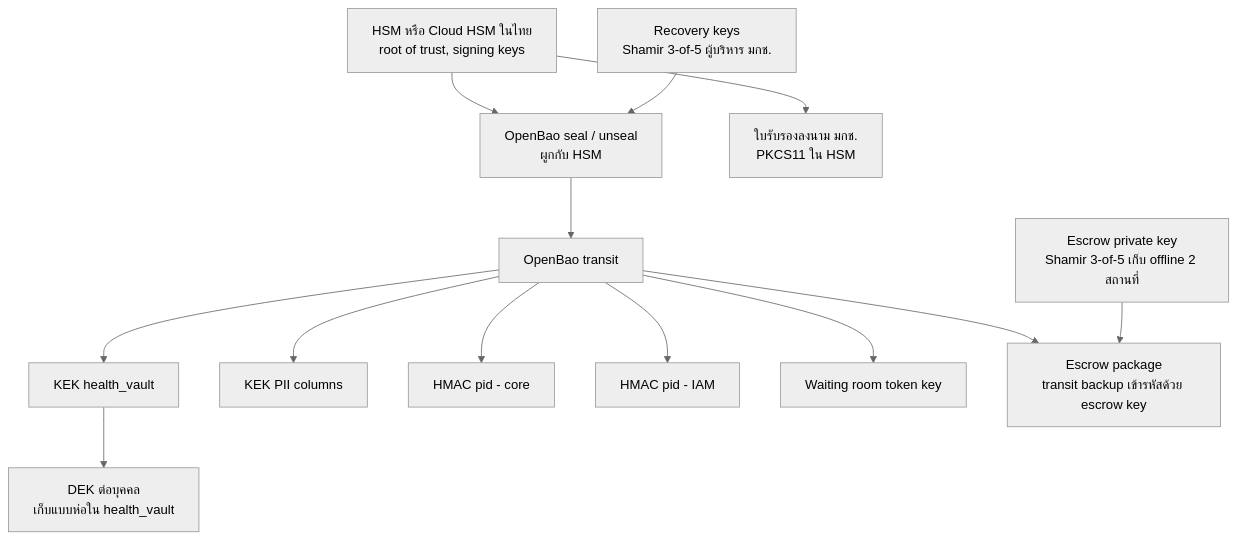
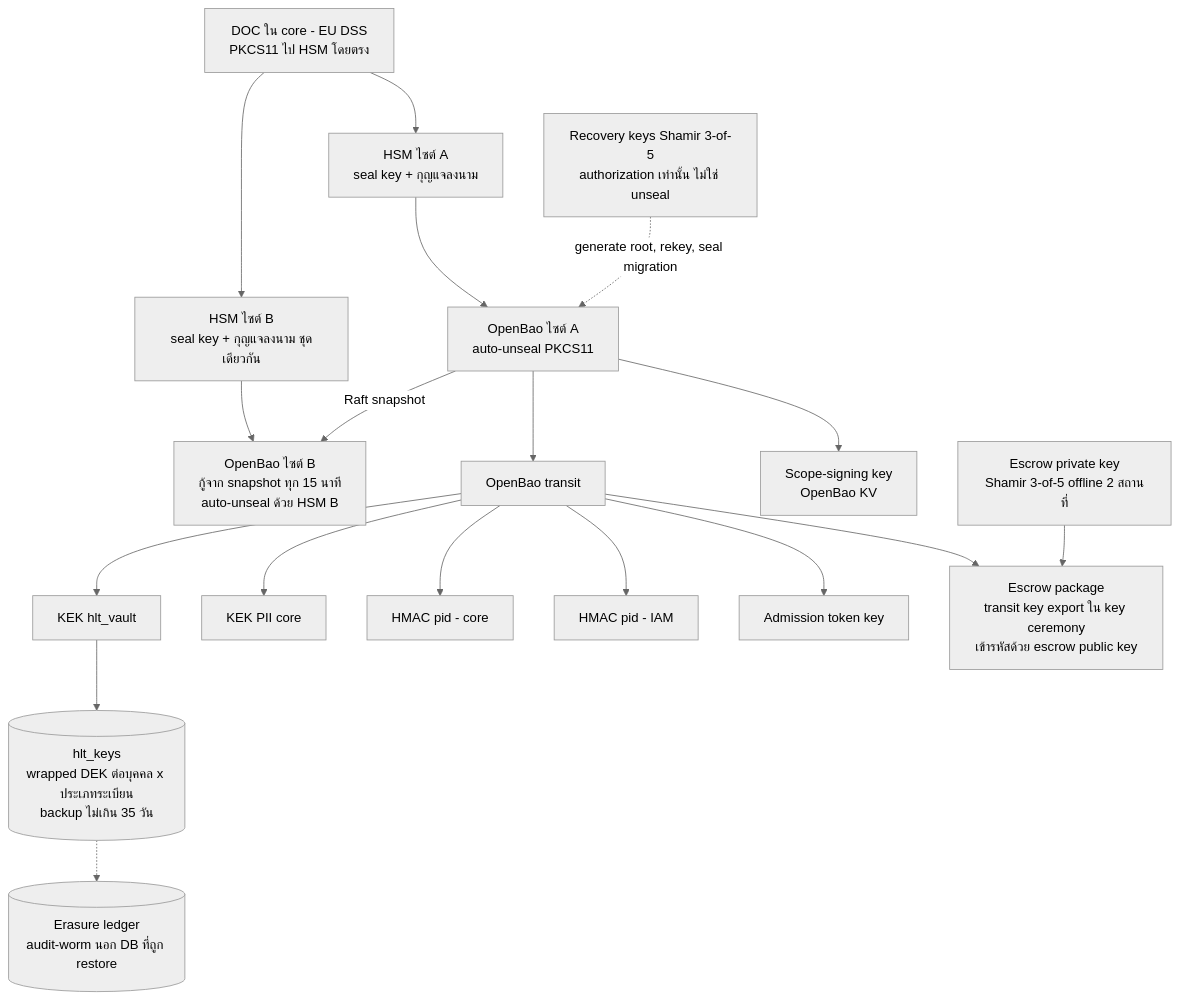
The seventh of 7 diagrams in tnsu-system/docs/07-architecture.md (Ruttanachote/Ai), drawn with Mermaid (neutral theme) before and after one commit. The commit also changed other lines of this file and 2 other files, not shown here.

````diff
--- a/tnsu-system/docs/07-architecture.md
+++ b/tnsu-system/docs/07-architecture.md
@@ -1159,29 +1190,38 @@
 ```mermaid
 flowchart TB
-  HSM["HSM หรือ Cloud HSM ในไทย<br/>root of trust, signing keys"]
-  SEAL["OpenBao seal / unseal<br/>ผูกกับ HSM"]
-  REC["Recovery keys<br/>Shamir 3-of-5 ผู้บริหาร มกช."]
+  HSMA["HSM ไซต์ A<br/>seal key + กุญแจลงนาม"]
+  HSMB["HSM ไซต์ B<br/>seal key + กุญแจลงนาม ชุดเดียวกัน"]
+  SEALA["OpenBao ไซต์ A<br/>auto-unseal PKCS11"]
+  SEALB["OpenBao ไซต์ B<br/>กู้จาก snapshot ทุก 15 นาที<br/>auto-unseal ด้วย HSM B"]
+  RK["Recovery keys Shamir 3-of-5<br/>authorization เท่านั้น ไม่ใช่ unseal"]
   TR["OpenBao transit"]
-  K1["KEK health_vault"]
-  K2["KEK PII columns"]
+  K1["KEK hlt_vault"]
+  K2["KEK PII core"]
   K3["HMAC pid - core"]
   K4["HMAC pid - IAM"]
-  K5["Waiting room token key"]
-  DEK["DEK ต่อบุคคล<br/>เก็บแบบห่อใน health_vault"]
-  ESC["Escrow package<br/>transit backup เข้ารหัสด้วย escrow key"]
-  SPL["Escrow private key<br/>Shamir 3-of-5 เก็บ offline 2 สถานที่"]
-  SIG["ใบรับรองลงนาม มกช.<br/>PKCS11 ใน HSM"]
+  K5["Admission token key"]
+  K6["Scope-signing key<br/>OpenBao KV"]
+  DEK[("hlt_keys<br/>wrapped DEK ต่อบุคคล x ประเภทระเบียน<br/>backup ไม่เกิน 35 วัน")]
+  LED[("Erasure ledger<br/>audit-worm นอก DB ที่ถูก restore")]
+  ESC["Escrow package<br/>transit key export ใน key ceremony<br/>เข้ารหัสด้วย escrow public key"]
+  SPL["Escrow private key<br/>Shamir 3-of-5 offline 2 สถานที่"]
+  SIG["DOC ใน core - EU DSS<br/>PKCS11 ไป HSM โดยตรง"]
 
-  HSM --> SEAL
-  REC --> SEAL
-  SEAL --> TR
+  HSMA --> SEALA
+  HSMB --> SEALB
+  SEALA -->|"Raft snapshot"| SEALB
+  RK -.->|"generate root, rekey, seal migration"| SEALA
+  SEALA --> TR
   TR --> K1
   TR --> K2
   TR --> K3
   TR --> K4
   TR --> K5
+  SEALA --> K6
   K1 --> DEK
+  DEK -.-> LED
   TR --> ESC
   SPL --> ESC
-  HSM --> SIG
+  SIG --> HSMA
+  SIG --> HSMB
 ```
````
